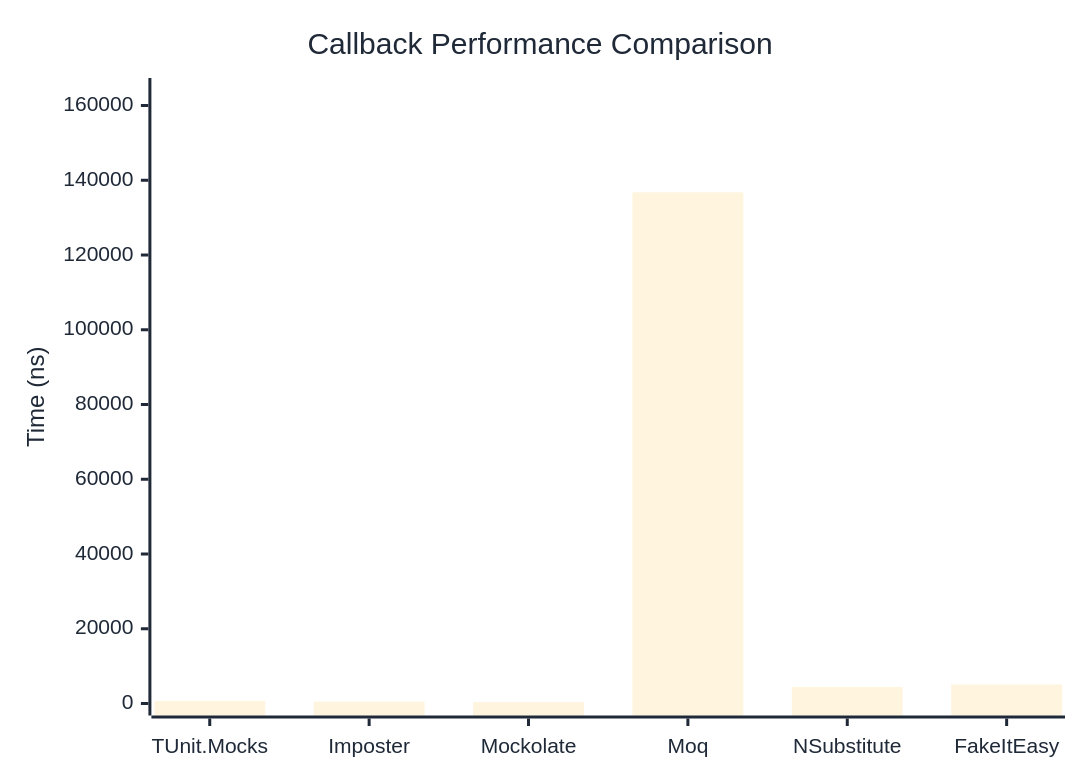
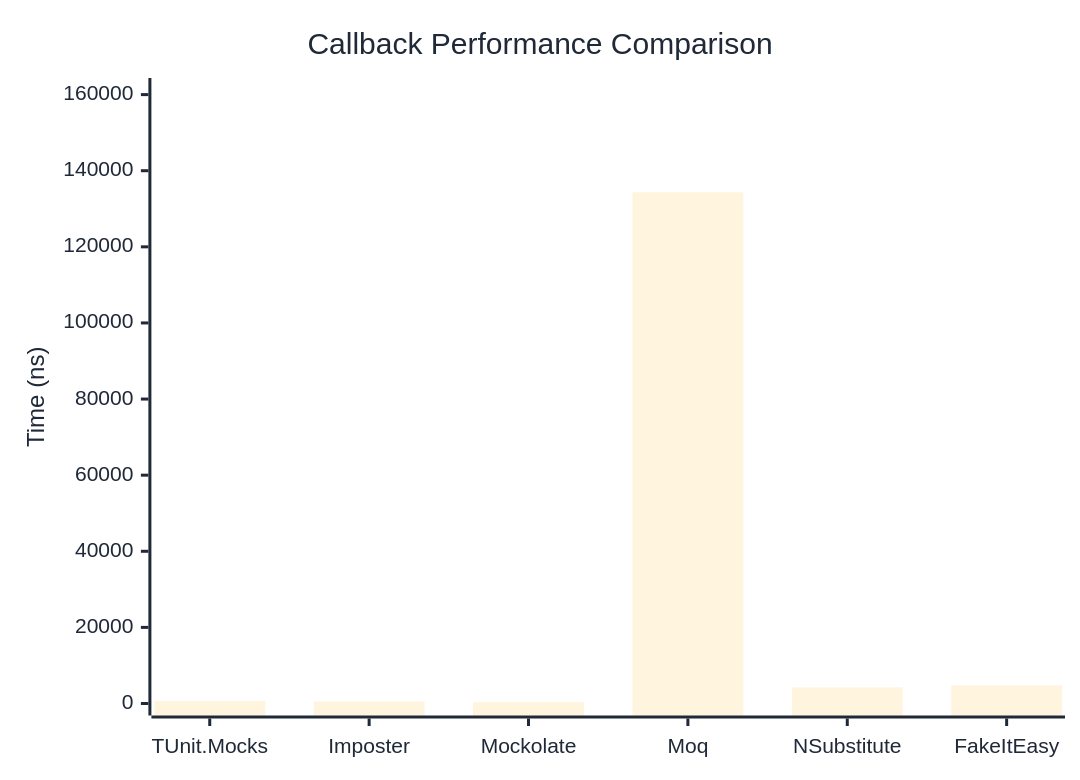
Before and after one commit to thomhurst/TUnit: the first of 2 diagrams in docs/docs/benchmarks/mocks/Callback.md, drawn with Mermaid. The commit also changed other lines of this file and 14 other files, not shown here.

````diff
--- a/docs/docs/benchmarks/mocks/Callback.md
+++ b/docs/docs/benchmarks/mocks/Callback.md
@@ -30,27 +30,27 @@
 ```mermaid
 %%{init: {
   'theme':'base',
   'themeVariables': {
     'primaryColor': '#2563eb',
     'primaryTextColor': '#1f2937',
     'primaryBorderColor': '#1e40af',
     'lineColor': '#6b7280',
     'secondaryColor': '#7c3aed',
     'tertiaryColor': '#dc2626',
     'background': '#ffffff',
     'pie1': '#2563eb',
     'pie2': '#7c3aed',
     'pie3': '#dc2626',
     'pie4': '#f59e0b',
     'pie5': '#10b981',
     'pie6': '#06b6d4',
     'pie7': '#ec4899',
     'pie8': '#6366f1'
   }
 }}%%
 xychart-beta
   title "Callback Performance Comparison"
   x-axis ["TUnit.Mocks", "Imposter", "Mockolate", "Moq", "NSubstitute", "FakeItEasy"]
-  y-axis "Time (ns)" 0 --> 164152
-  bar [690.3, 483.2, 365.8, 136792.8, 4427.2, 5069.5]
+  y-axis "Time (ns)" 0 --> 161212
+  bar [685.1, 485.8, 348.9, 134342.7, 4248.4, 4778.1]
 ```
````
